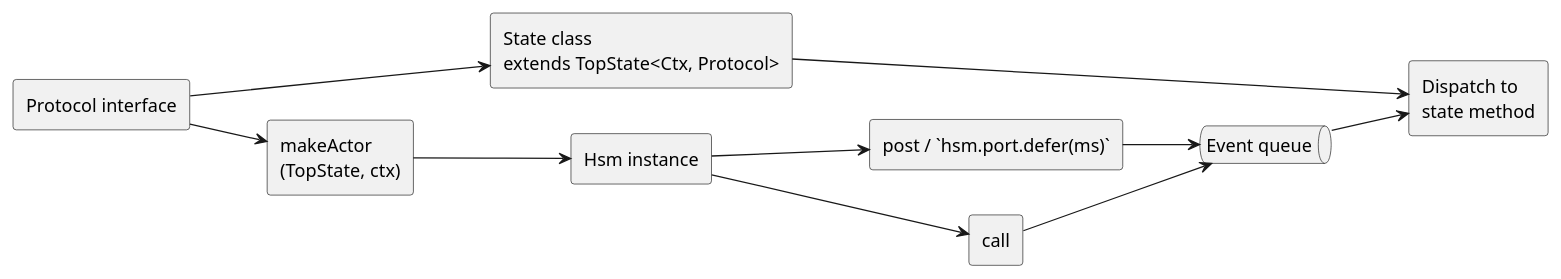
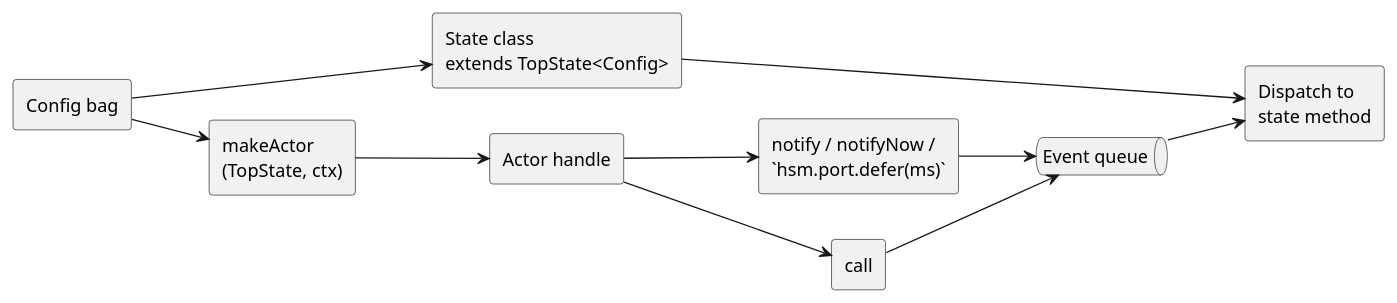
The second of 2 diagrams in packages/ihsm/reference/REFERENCE.md (filasieno/ihsm), drawn with PlantUML before and after one commit. The commit also changed other lines of this file and 42 other files, not shown here.

````diff
--- a/packages/ihsm/reference/REFERENCE.md
+++ b/packages/ihsm/reference/REFERENCE.md
@@ -617,22 +591,22 @@
 ```plantuml
 @startuml
 left to right direction
-rectangle "Protocol interface" as P
-rectangle "State class\nextends TopState<Ctx, Protocol>" as S
+rectangle "Config bag" as C
+rectangle "State class\nextends TopState<Config>" as S
 rectangle "makeActor\n(TopState, ctx)" as F
-rectangle "Hsm instance" as H
-rectangle "post / `hsm.port.defer(ms)`" as post
+rectangle "Actor handle" as H
+rectangle "notify / notifyNow /\n`hsm.port.defer(ms)`" as post
 rectangle "call" as call
 queue "Event queue" as Q
 rectangle "Dispatch to\nstate method" as D
-P --> S
-P --> F
+C --> S
+C --> F
 F --> H
 H --> post
 H --> call
 post --> Q
 call --> Q
 Q --> D
 S --> D
 @enduml
 ```
````
